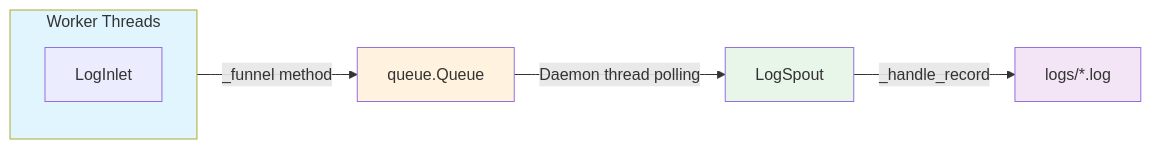
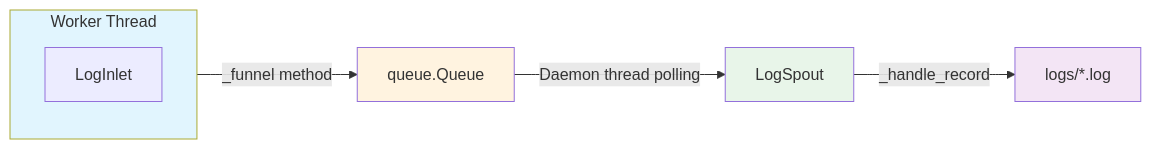
Before and after one commit to Mr-xiaotian/CelestialFlow: the first of 2 diagrams in docs/en/src/persistence/core_log.md, drawn with Mermaid. The commit also changed other lines of this file and 156 other files, not shown here.

````diff
--- a/docs/en/src/persistence/core_log.md
+++ b/docs/en/src/persistence/core_log.md
@@ -15,14 +15,14 @@
 ```mermaid
 flowchart LR
-    subgraph Worker[Worker Threads]
+    subgraph Worker[Worker Thread]
         Inlet[LogInlet]
     end
     Worker -->|_funnel method| Queue[queue.Queue]
     Queue -->|Daemon thread polling| Spout[LogSpout]
     Spout -->|_handle_record| File[logs/*.log]
 
     style Worker fill:#e1f5fe
     style Queue fill:#fff3e0
     style Spout fill:#e8f5e9
     style File fill:#f3e5f5
 ```
````
